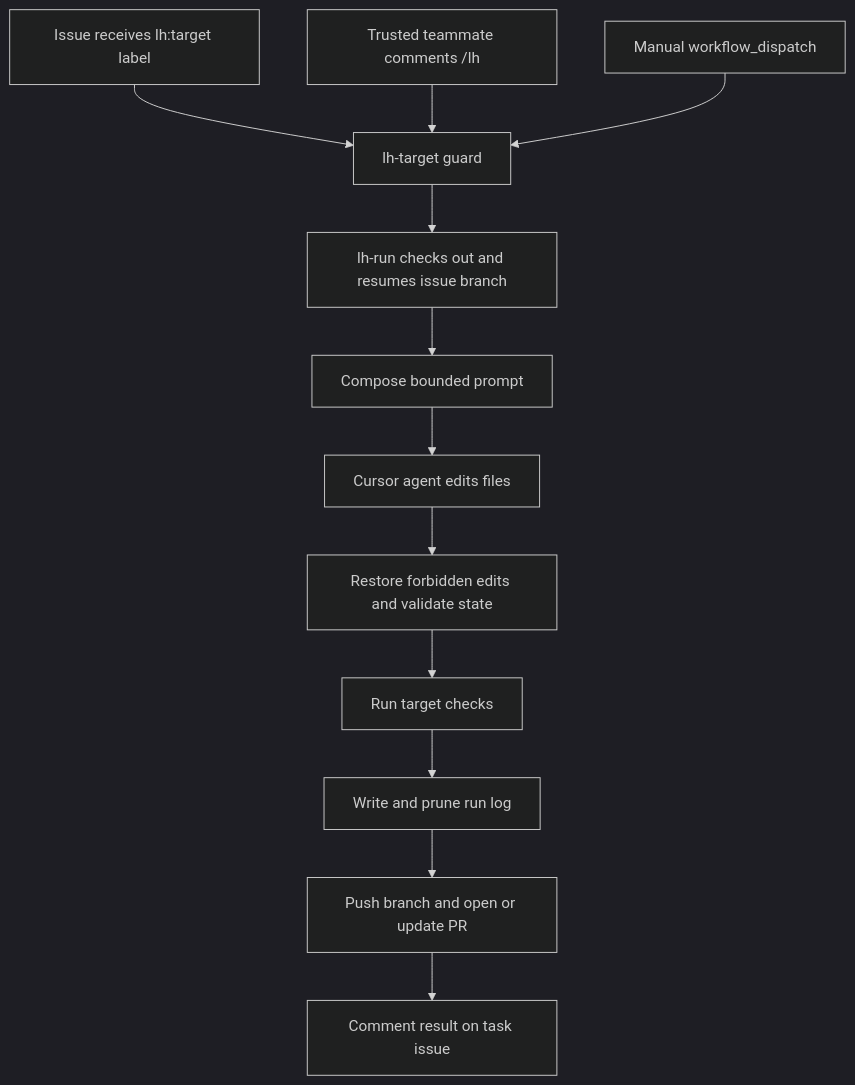
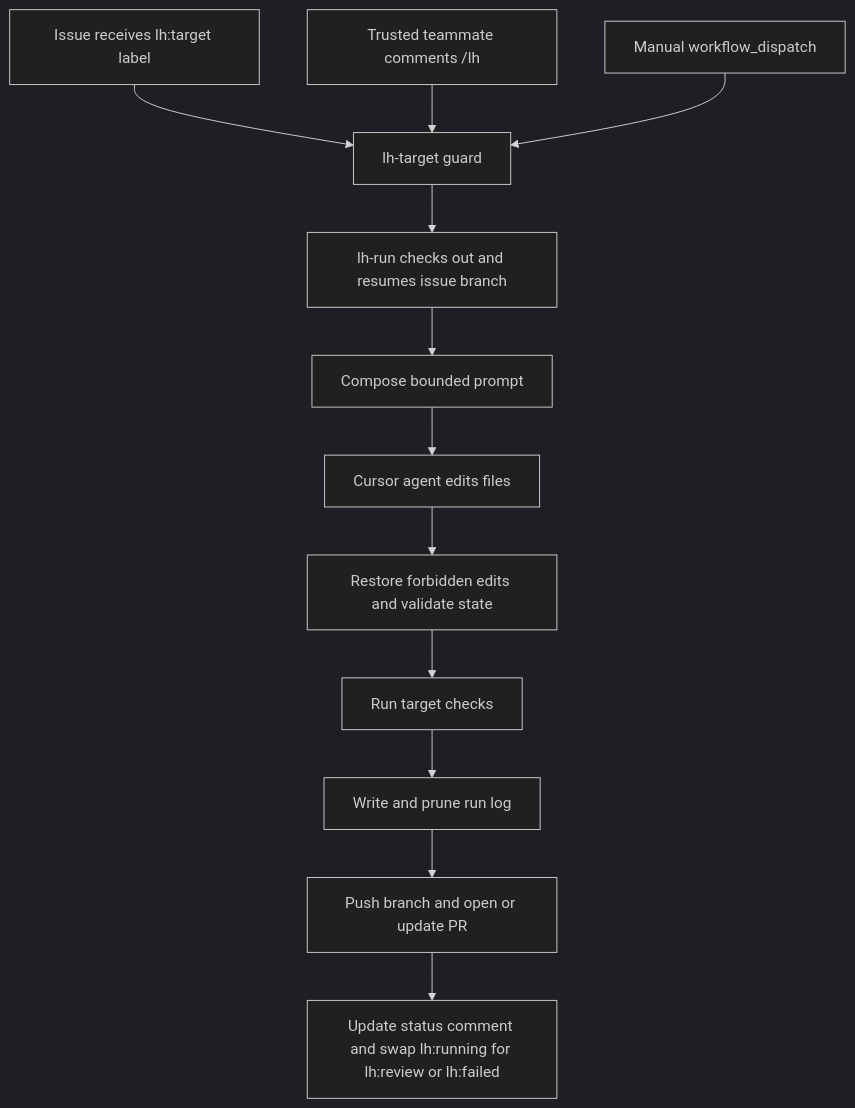
The first of 3 diagrams in docs/LH_WORKFLOWS.md (bourkefloyd/long-horizon-agents-hack), drawn with Mermaid (dark theme) before and after one commit. The commit also changed other lines of this file and 4 other files, not shown here.

First line of the commit message:
Post and update an issue status comment during LH runs

````diff
--- a/docs/LH_WORKFLOWS.md
+++ b/docs/LH_WORKFLOWS.md
@@ -77,14 +77,14 @@
 ```mermaid
 flowchart TD
     A[Issue receives lh:target label] --> B[lh-target guard]
     C[Trusted teammate comments /lh] --> B
     D[Manual workflow_dispatch] --> B
     B --> E[lh-run checks out and resumes issue branch]
     E --> F[Compose bounded prompt]
     F --> G[Cursor agent edits files]
     G --> H[Restore forbidden edits and validate state]
     H --> I[Run target checks]
     I --> J[Write and prune run log]
     J --> K[Push branch and open or update PR]
-    K --> L[Comment result on task issue]
+    K --> L[Update status comment and swap lh:running for lh:review or lh:failed]
 ```
````
